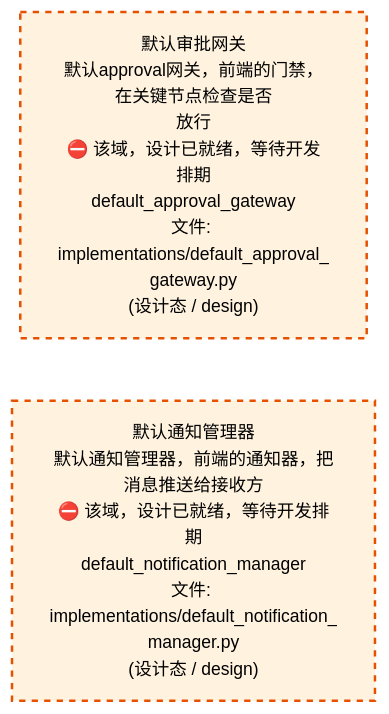
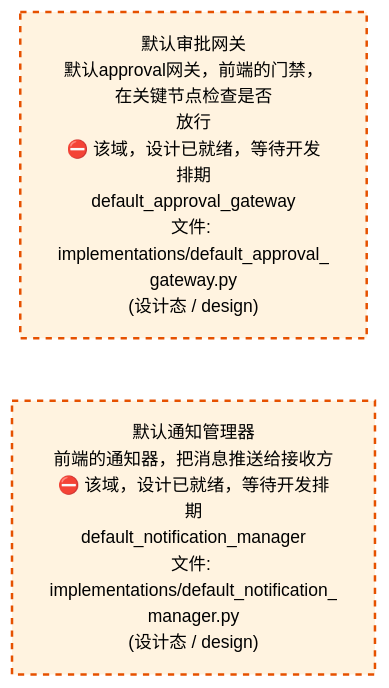
The third of 4 diagrams in docs/02_enterprise_architecture/02_domain_architecture_docs/47_d_frontend.md (xuanFelixVan/ZephyrAlpha), drawn with Mermaid before and after one commit. The commit also changed other lines of this file and 60 other files, not shown here.

````diff
--- a/docs/02_enterprise_architecture/02_domain_architecture_docs/47_d_frontend.md
+++ b/docs/02_enterprise_architecture/02_domain_architecture_docs/47_d_frontend.md
@@ -177,12 +177,12 @@
 ```mermaid
 %%{init: {'theme': 'base', 'themeVariables': {'primaryColor': '#eaeaea', 'primaryTextColor': '#333333', 'primaryBorderColor': '#666666', 'lineColor': '#666666', 'secondaryColor': '#eaeaea', 'tertiaryColor': '#eaeaea', 'fontSize': '14px'}}}%%
 flowchart TD
     src_zephyr_frontend_implementations_default_approval_gateway_py["默认审批网关<br/>默认approval网关，前端的门禁，在关键节点检查是否<br/>放行<br/>⛔ 该域，设计已就绪，等待开发排期<br/>default_approval_gateway<br/>文件: implementations/default_approval_<br/>gateway.py<br/>(设计态 / design)"]
-    src_zephyr_frontend_implementations_default_notification_manager_py["默认通知管理器<br/>默认通知管理器，前端的通知器，把消息推送给接收方<br/>⛔ 该域，设计已就绪，等待开发排期<br/>default_notification_manager<br/>文件: implementations/default_notification_<br/>manager.py<br/>(设计态 / design)"]
+    src_zephyr_frontend_implementations_default_notification_manager_py["默认通知管理器<br/>前端的通知器，把消息推送给接收方<br/>⛔ 该域，设计已就绪，等待开发排期<br/>default_notification_manager<br/>文件: implementations/default_notification_<br/>manager.py<br/>(设计态 / design)"]
     src_zephyr_frontend_implementations_default_approval_gateway_py ~~~ src_zephyr_frontend_implementations_default_notification_manager_py
     classDef production fill:#e1f5fe,stroke:#01579b,stroke-width:2px,color:#000
     classDef design fill:#fff3e0,stroke:#e65100,stroke-width:2px,color:#000,stroke-dasharray: 5 5
     classDef external_prod fill:#e8f4fd,stroke:#0277bd,stroke-width:1px,color:#000
     classDef external_design fill:#fff8e7,stroke:#ef6c00,stroke-width:1px,color:#000,stroke-dasharray: 5 5
     class src_zephyr_frontend_implementations_default_approval_gateway_py,src_zephyr_frontend_implementations_default_notification_manager_py design
 ```
````
